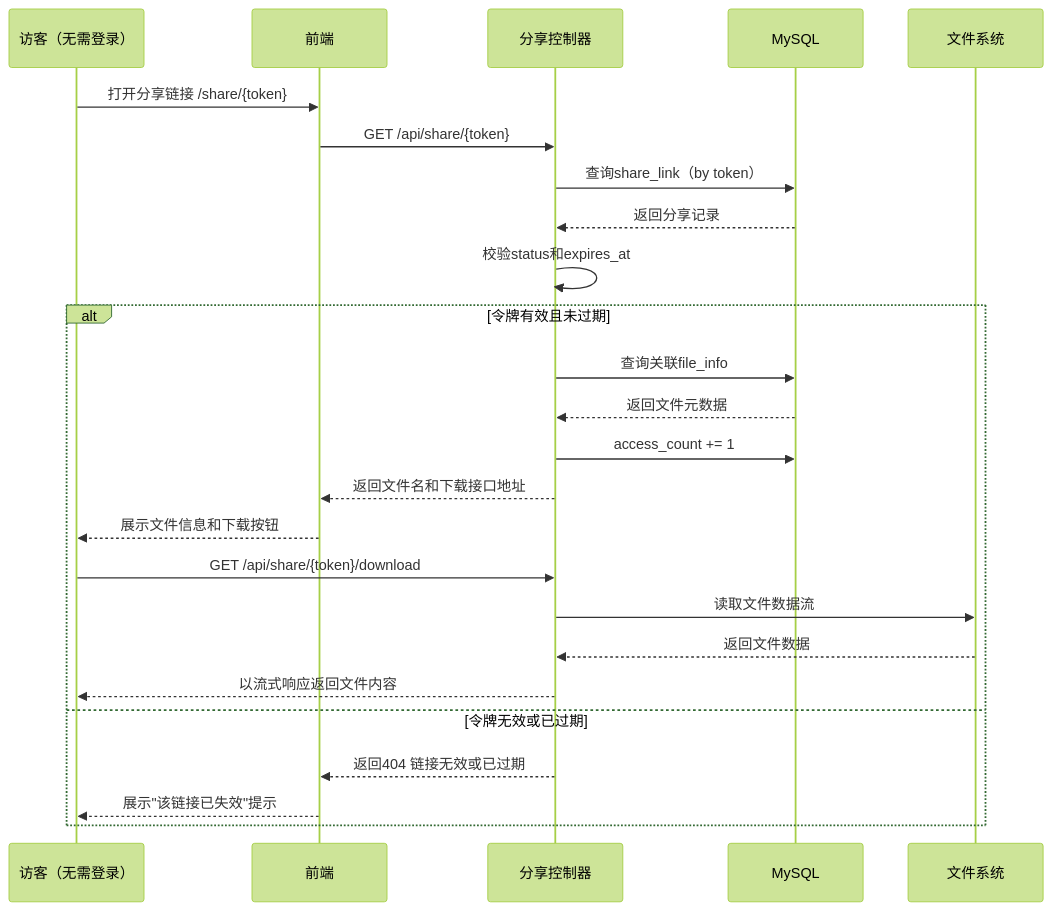
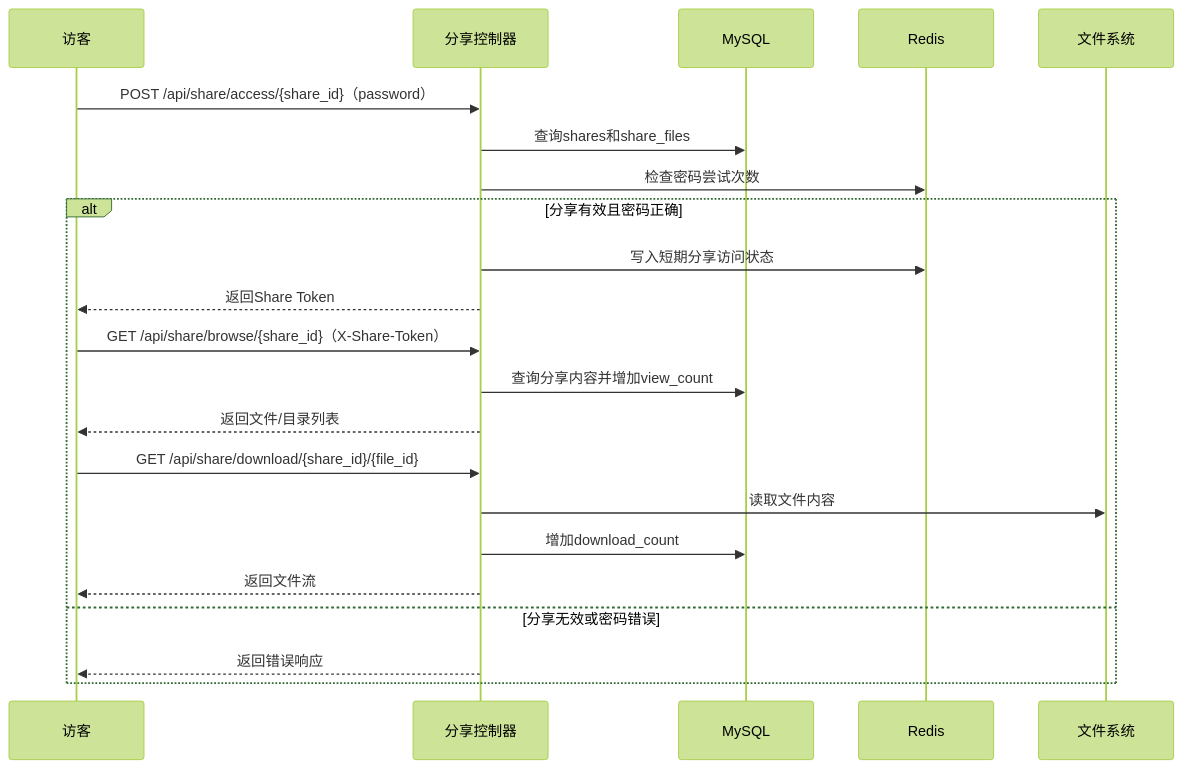
Before and after one commit to yizhinailong/disk: diagram 11 of 11 in docs/lunwen/基于Drogon的网络磁盘系统的设计与实现_毕业论文.md, drawn with Mermaid (forest theme). The commit also changed other lines of this file, not shown here.

````diff
--- a/docs/lunwen/基于Drogon的网络磁盘系统的设计与实现_毕业论文.md
+++ b/docs/lunwen/基于Drogon的网络磁盘系统的设计与实现_毕业论文.md
@@ -719,28 +898,25 @@
 ```mermaid
 sequenceDiagram
-    participant Visitor as 访客（无需登录）
-    participant FE as 前端
+    participant Visitor as 访客
     participant ShareCtrl as 分享控制器
     participant DB as MySQL
+    participant Redis as Redis
     participant FS as 文件系统
 
-    Visitor->>FE: 打开分享链接 /share/{token}
-    FE->>ShareCtrl: GET /api/share/{token}
-    ShareCtrl->>DB: 查询share_link（by token）
-    DB-->>ShareCtrl: 返回分享记录
-    ShareCtrl->>ShareCtrl: 校验status和expires_at
-    alt 令牌有效且未过期
-        ShareCtrl->>DB: 查询关联file_info
-        DB-->>ShareCtrl: 返回文件元数据
-        ShareCtrl->>DB: access_count += 1
-        ShareCtrl-->>FE: 返回文件名和下载接口地址
-        FE-->>Visitor: 展示文件信息和下载按钮
-        Visitor->>ShareCtrl: GET /api/share/{token}/download
-        ShareCtrl->>FS: 读取文件数据流
-        FS-->>ShareCtrl: 返回文件数据
-        ShareCtrl-->>Visitor: 以流式响应返回文件内容
-    else 令牌无效或已过期
-        ShareCtrl-->>FE: 返回404 链接无效或已过期
-        FE-->>Visitor: 展示"该链接已失效"提示
+    Visitor->>ShareCtrl: POST /api/share/access/{share_id}（password）
+    ShareCtrl->>DB: 查询shares和share_files
+    ShareCtrl->>Redis: 检查密码尝试次数
+    alt 分享有效且密码正确
+        ShareCtrl->>Redis: 写入短期分享访问状态
+        ShareCtrl-->>Visitor: 返回Share Token
+        Visitor->>ShareCtrl: GET /api/share/browse/{share_id}（X-Share-Token）
+        ShareCtrl->>DB: 查询分享内容并增加view_count
+        ShareCtrl-->>Visitor: 返回文件/目录列表
+        Visitor->>ShareCtrl: GET /api/share/download/{share_id}/{file_id}
+        ShareCtrl->>FS: 读取文件内容
+        ShareCtrl->>DB: 增加download_count
+        ShareCtrl-->>Visitor: 返回文件流
+    else 分享无效或密码错误
+        ShareCtrl-->>Visitor: 返回错误响应
     end
 ```
````
